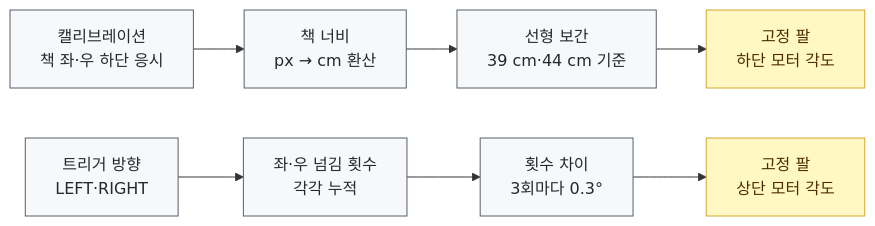
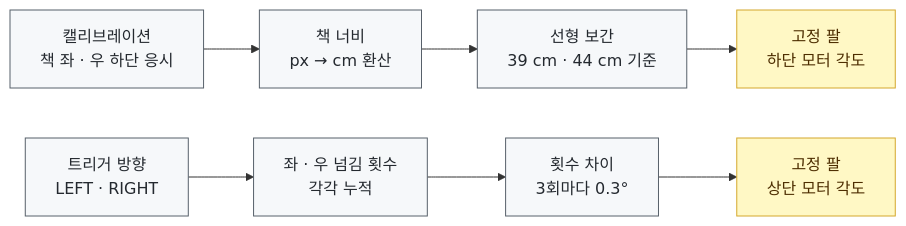
One commit to YOOBIN-AN/gaze-page-turner changed the third of 3 diagrams in page-actuator/README.md. Above: the diagram before and after it, drawn with Mermaid. The commit also changed other lines of this file and 3 other files, not shown here.

````diff
--- a/page-actuator/README.md
+++ b/page-actuator/README.md
@@ -151,10 +151,10 @@
 ```mermaid
 flowchart LR
-    A["캘리브레이션<br/>책 좌·우 하단 응시"] --> B["책 너비<br/>px → cm 환산"] --> C["선형 보간<br/>39 cm·44 cm 기준"] --> D["고정 팔<br/>하단 모터 각도"]
-    E["트리거 방향<br/>LEFT·RIGHT"] --> F["좌·우 넘김 횟수<br/>각각 누적"] --> G["횟수 차이<br/>3회마다 0.3°"] --> H["고정 팔<br/>상단 모터 각도"]
+    A["캘리브레이션<br/>책 좌 · 우 하단 응시"] --> B["책 너비<br/>px → cm 환산"] --> C["선형 보간<br/>39 cm · 44 cm 기준"] --> D["고정 팔<br/>하단 모터 각도"]
+    E["트리거 방향<br/>LEFT · RIGHT"] --> F["좌 · 우 넘김 횟수<br/>각각 누적"] --> G["횟수 차이<br/>3회마다 0.3°"] --> H["고정 팔<br/>상단 모터 각도"]
 
     classDef ask fill:#f6f8fa,stroke:#57606a,color:#24292f
     classDef out fill:#fff8c5,stroke:#d4a72c,color:#4d2d00
     class A,B,C,E,F,G ask
     class D,H out
 ```
````
